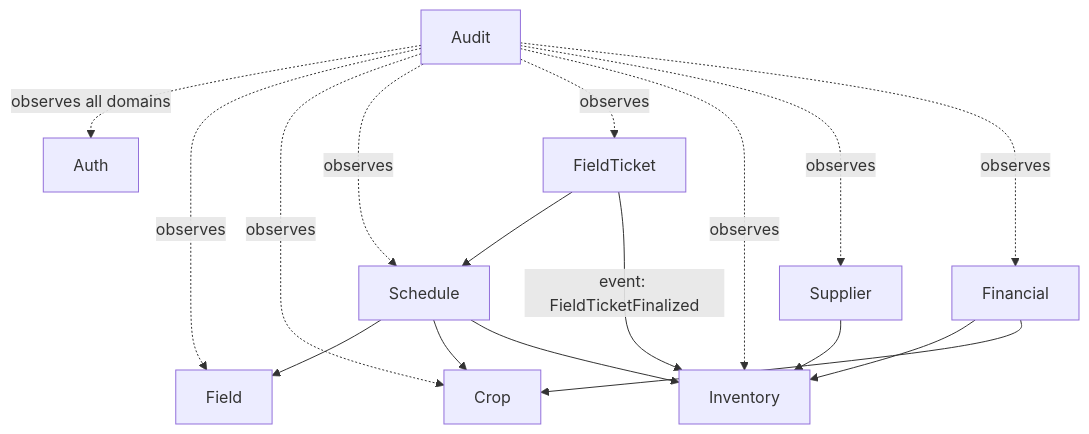
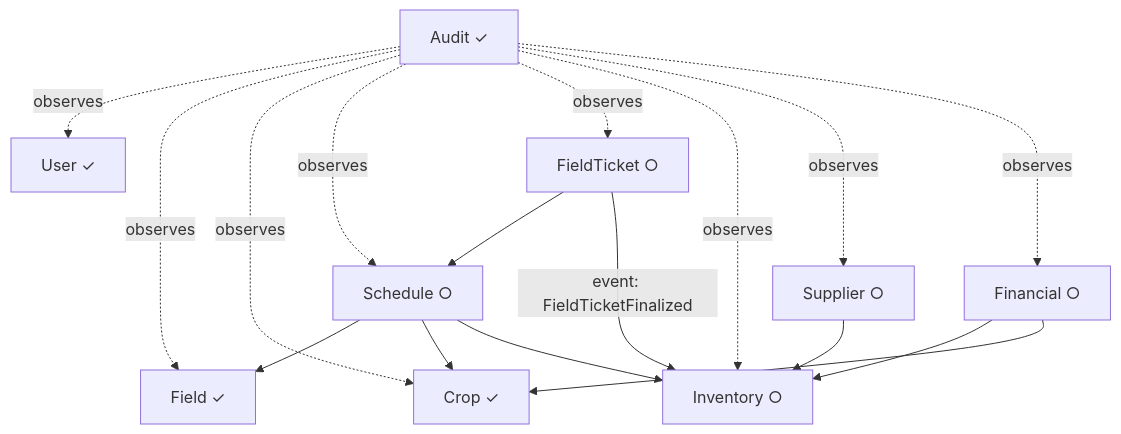
The diagram in architecture.md (fellipefreiire/farm-app-docs), drawn with Mermaid before and after one commit. The commit also changed other lines of this file and 4 other files, not shown here.

````diff
--- a/architecture.md
+++ b/architecture.md
@@ -27,29 +27,29 @@
 ```mermaid
 graph TD
-  Auth[Auth]
-  Field[Field]
-  Crop[Crop]
-  Schedule[Schedule]
-  FieldTicket[FieldTicket]
-  Inventory[Inventory]
-  Supplier[Supplier]
-  Financial[Financial]
-  Audit[Audit]
+  User[User ✓]
+  Field[Field ✓]
+  Crop[Crop ✓]
+  Audit[Audit ✓]
+  Schedule[Schedule ○]
+  FieldTicket[FieldTicket ○]
+  Inventory[Inventory ○]
+  Supplier[Supplier ○]
+  Financial[Financial ○]
 
   Schedule --> Field
   Schedule --> Crop
   Schedule --> Inventory
   FieldTicket --> Schedule
   FieldTicket -->|event: FieldTicketFinalized| Inventory
   Financial --> Inventory
   Financial --> Crop
   Supplier --> Inventory
-  Audit -.->|observes all domains| Auth
+  Audit -.->|observes| User
   Audit -.->|observes| Field
   Audit -.->|observes| Crop
   Audit -.->|observes| Schedule
   Audit -.->|observes| FieldTicket
   Audit -.->|observes| Inventory
   Audit -.->|observes| Supplier
   Audit -.->|observes| Financial
 ```
````
